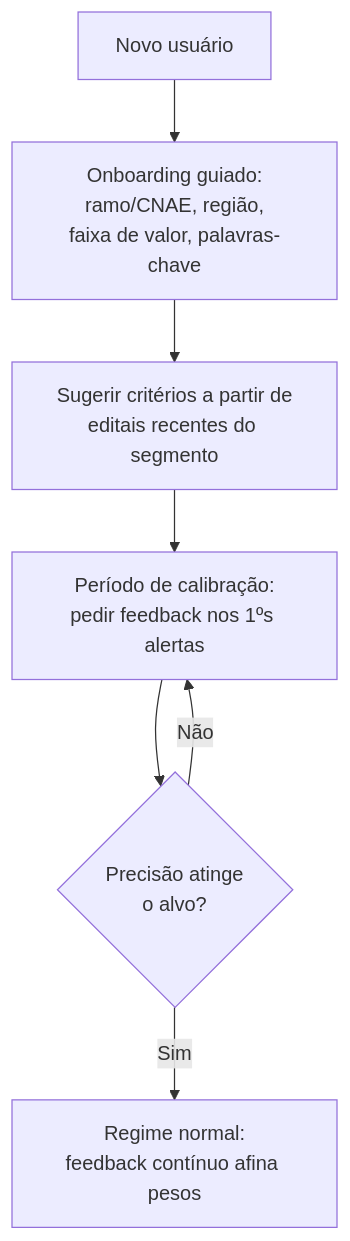
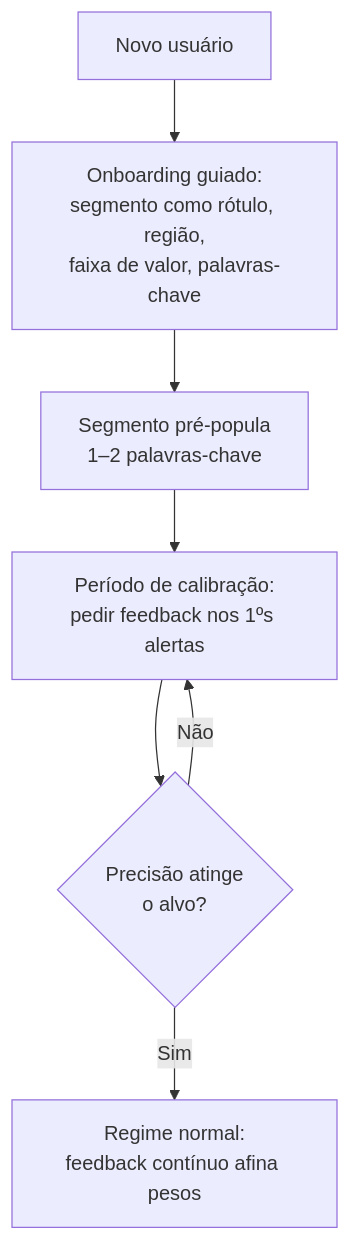
Before and after one commit to nashjunior/radar: the first of 3 diagrams in docs/11-monitoramento-matching-e-cobertura.md, drawn with Mermaid. The commit also changed other lines of this file and 200 other files, not shown here.

````diff
--- a/docs/11-monitoramento-matching-e-cobertura.md
+++ b/docs/11-monitoramento-matching-e-cobertura.md
@@ -27,9 +27,9 @@
 ```mermaid
 flowchart TD
-    A[Novo usuário] --> B[Onboarding guiado:<br/>ramo/CNAE, região,<br/>faixa de valor, palavras-chave]
-    B --> C[Sugerir critérios a partir de<br/>editais recentes do segmento]
+    A[Novo usuário] --> B[Onboarding guiado:<br/>segmento como rótulo, região,<br/>faixa de valor, palavras-chave]
+    B --> C[Segmento pré-popula<br/>1–2 palavras-chave]
     C --> D[Período de calibração:<br/>pedir feedback nos 1ºs alertas]
     D --> E{Precisão atinge<br/>o alvo?}
     E -->|Não| D
     E -->|Sim| F[Regime normal:<br/>feedback contínuo afina pesos]
 ```
````
